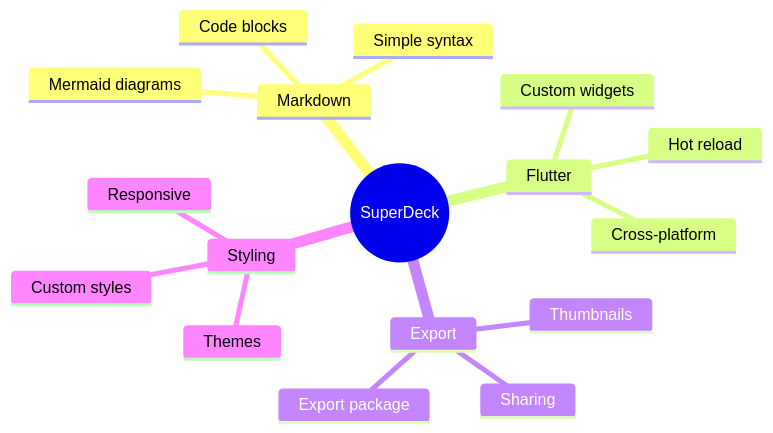
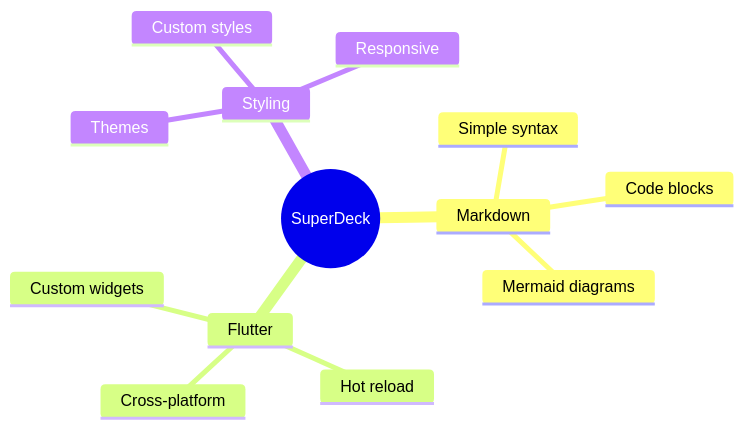
One commit to btwld/superdeck changed the first of 3 diagrams in demo/slides.md. Above: the diagram before and after it, drawn with Mermaid. The commit also changed other lines of this file and 9 other files, not shown here.

````diff
--- a/demo/slides.md
+++ b/demo/slides.md
@@ -60,20 +59,16 @@
 ```mermaid
 mindmap
   root((SuperDeck))
     Markdown
       Simple syntax
       Code blocks
       Mermaid diagrams
     Flutter
       Custom widgets
       Hot reload
       Cross-platform
-    Export
-      Export package
-      Thumbnails
-      Sharing
     Styling
       Themes
       Custom styles
       Responsive
 ```
````
